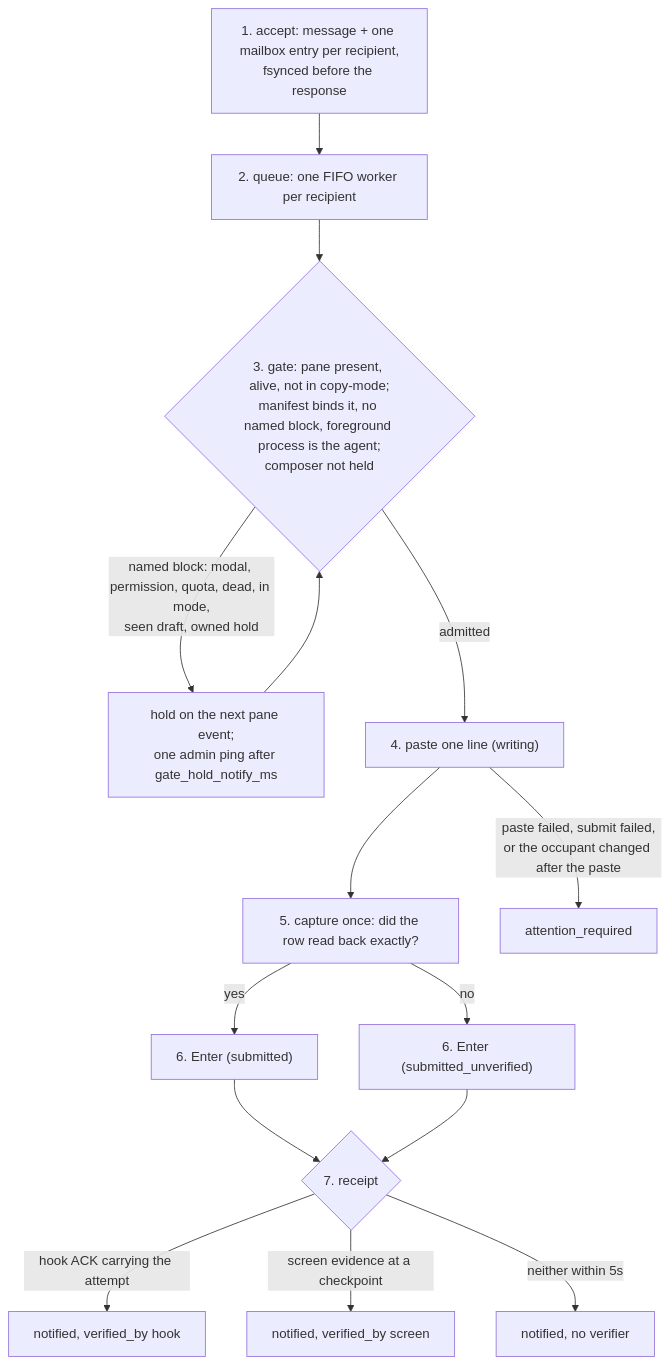
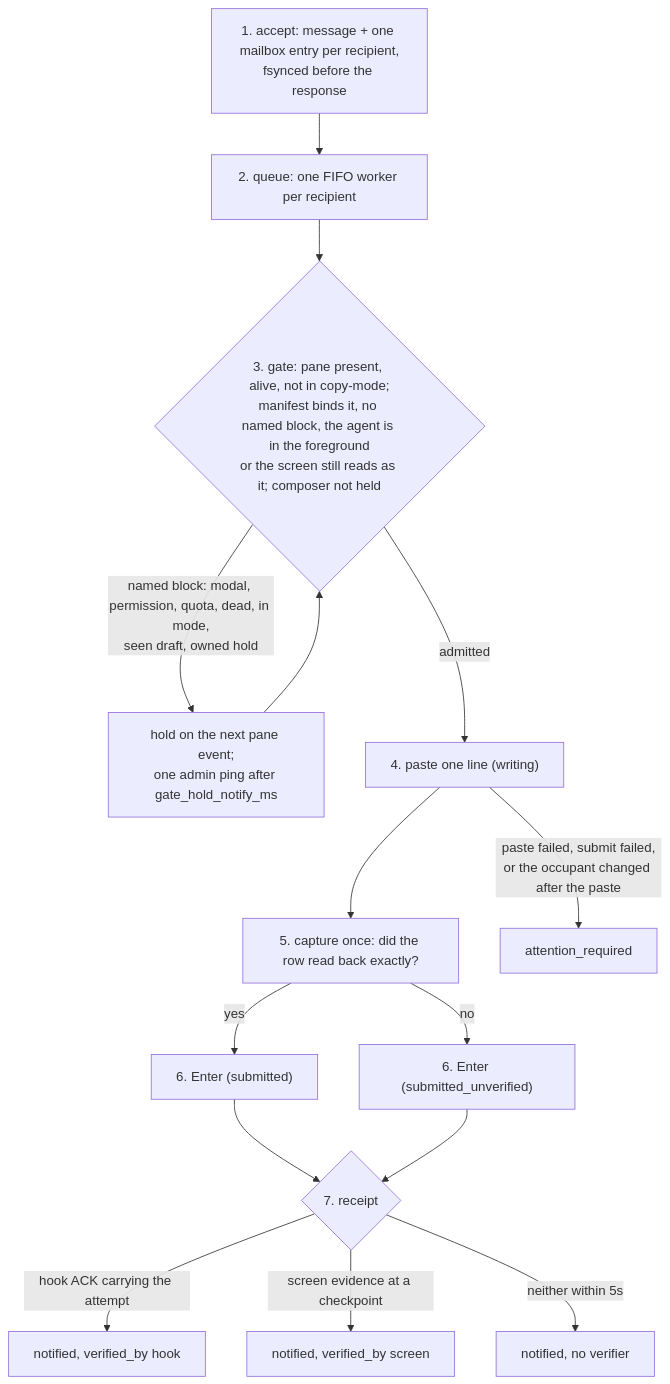
The diagram in docs/development/DELIVERY.md (cyclops-team/cyclops), drawn with Mermaid before and after one commit. The commit also changed other lines of this file and 6 other files, not shown here.

First line of the commit message:
fix(cyclopsd): admit a tool in the foreground while the screen reads as the agent

````diff
--- a/docs/development/DELIVERY.md
+++ b/docs/development/DELIVERY.md
@@ -20,17 +20,17 @@
 ```mermaid
 flowchart TD
     a["1. accept: message + one mailbox entry per recipient,<br/>fsynced before the response"] --> q["2. queue: one FIFO worker per recipient"]
-    q --> g{"3. gate: pane present, alive, not in copy-mode;<br/>manifest binds it, no named block, foreground process is the agent;<br/>composer not held"}
+    q --> g{"3. gate: pane present, alive, not in copy-mode;<br/>manifest binds it, no named block, the agent is in the foreground<br/>or the screen still reads as it; composer not held"}
     g -->|"named block: modal, permission, quota, dead, in mode,<br/>seen draft, owned hold"| hold["hold on the next pane event;<br/>one admin ping after gate_hold_notify_ms"]
     hold --> g
     g -->|"admitted"| p["4. paste one line (writing)"]
     p --> c["5. capture once: did the row read back exactly?"]
     c -->|yes| e["6. Enter (submitted)"]
     c -->|no| eu["6. Enter (submitted_unverified)"]
     e --> r{"7. receipt"}
     eu --> r
     r -->|"hook ACK carrying the attempt"| n1["notified, verified_by hook"]
     r -->|"screen evidence at a checkpoint"| n2["notified, verified_by screen"]
     r -->|"neither within 5s"| n3["notified, no verifier"]
     p -->|"paste failed, submit failed,<br/>or the occupant changed after the paste"| att["attention_required"]
 ```
````
